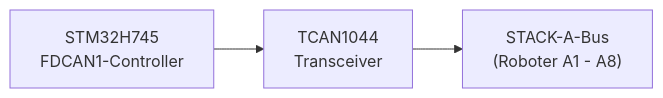
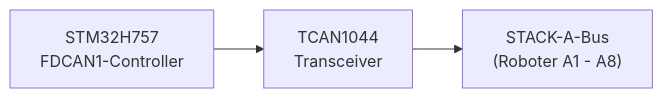
The first of 2 diagrams in docs/HARDWARE_SPECIFICATION_deu.md (JuanenRac/HYDRA-UMC), drawn with Mermaid before and after one commit. The commit also changed other lines of this file and 41 other files, not shown here.

````diff
--- a/docs/HARDWARE_SPECIFICATION_deu.md
+++ b/docs/HARDWARE_SPECIFICATION_deu.md
@@ -72,4 +72,4 @@
 ```mermaid
 flowchart LR
-    FDCAN1["STM32H745<br/>FDCAN1-Controller"] --> XCVR["TCAN1044<br/>Transceiver"] --> BUS["STACK-A-Bus<br/>(Roboter A1 - A8)"]
+    FDCAN1["STM32H757<br/>FDCAN1-Controller"] --> XCVR["TCAN1044<br/>Transceiver"] --> BUS["STACK-A-Bus<br/>(Roboter A1 - A8)"]
 ```
````
